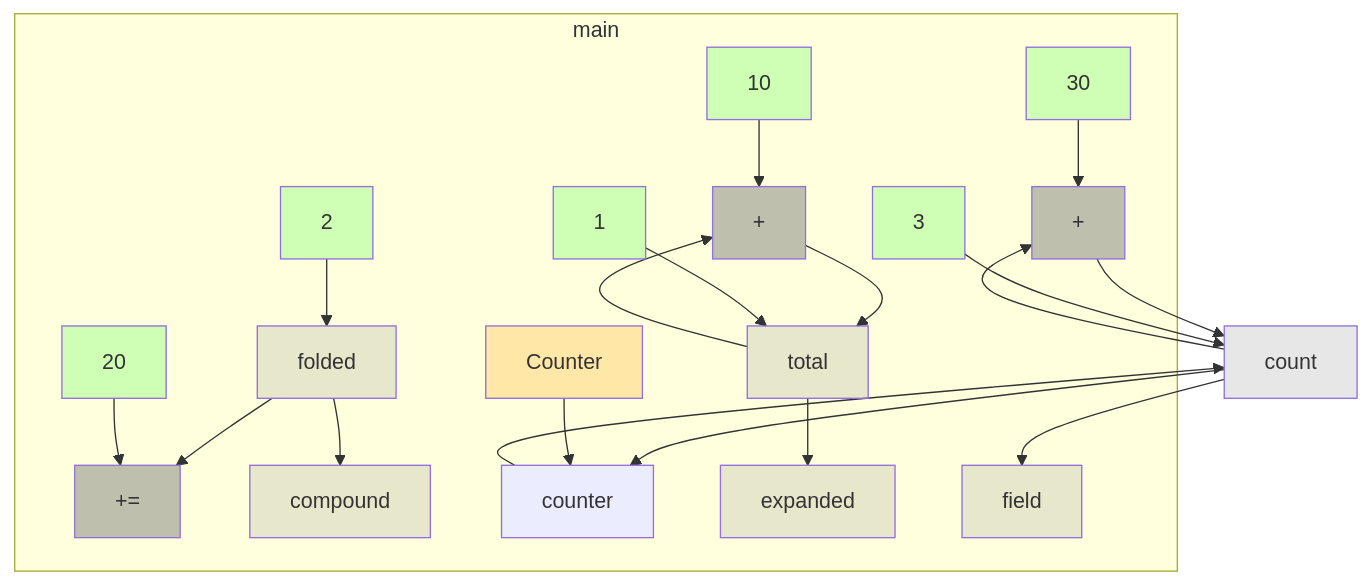
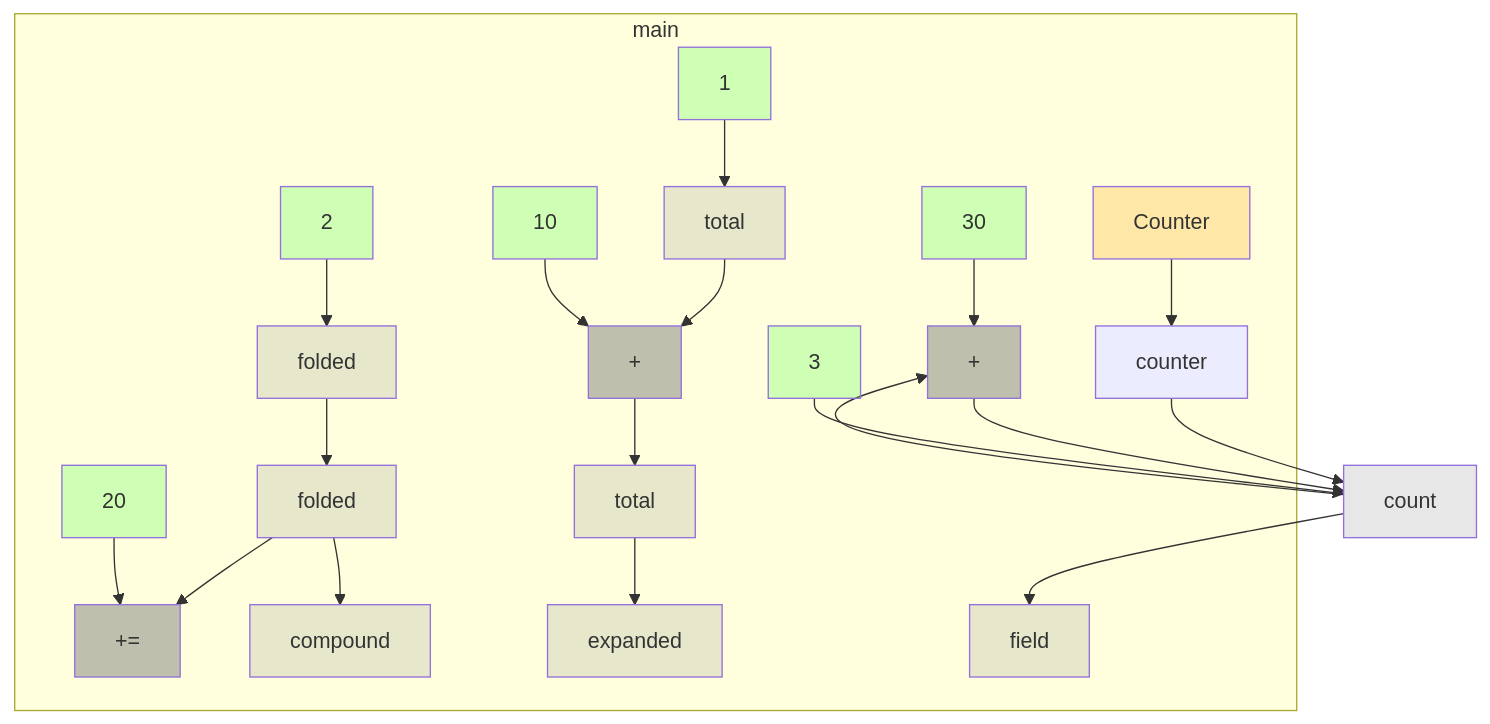
Before and after one commit to gstiebler/codeflow: the diagram in app/src/test/resources/selfAssignment/spike-truth.md, drawn with Mermaid. The commit also changed 46 other files, not shown here.

````diff
--- a/app/src/test/resources/selfAssignment/spike-truth.md
+++ b/app/src/test/resources/selfAssignment/spike-truth.md
@@ -3,46 +3,48 @@
 ```mermaid
 flowchart TD
   subgraph m0["main"]
     n0["+="]:::BIN_OP
     n1["+"]:::BIN_OP
     n2["+"]:::BIN_OP
     n3["Counter"]:::EXTERNAL
     n4["10"]:::LITERAL
     n5["1"]:::LITERAL
     n6["20"]:::LITERAL
     n7["2"]:::LITERAL
     n8["30"]:::LITERAL
     n9["3"]:::LITERAL
-    n10["compound"]:::VARIABLE
-    n11["counter"]:::OBJ_VARIABLE
+    n10["counter"]:::OBJ_VARIABLE
+    n11["compound"]:::VARIABLE
     n12["expanded"]:::VARIABLE
     n13["field"]:::VARIABLE
     n14["folded"]:::VARIABLE
-    n15["total"]:::VARIABLE
+    n15["folded"]:::VARIABLE
+    n16["total"]:::VARIABLE
+    n17["total"]:::VARIABLE
   end
-  n16["count"]:::VARIABLE
-  n1 --> n15
-  n11 --> n16
-  n14 --> n0
-  n14 --> n10
-  n15 --> n1
-  n15 --> n12
-  n16 --> n11
-  n16 --> n13
-  n16 --> n2
-  n2 --> n16
-  n3 --> n11
+  n18["count"]:::VARIABLE
+  n1 --> n17
+  n10 --> n18
+  n14 --> n15
+  n15 --> n0
+  n15 --> n11
+  n16 --> n1
+  n17 --> n12
+  n18 --> n13
+  n18 --> n2
+  n2 --> n18
+  n3 --> n10
   n4 --> n1
-  n5 --> n15
+  n5 --> n16
   n6 --> n0
   n7 --> n14
   n8 --> n2
-  n9 --> n16
+  n9 --> n18
   classDef LITERAL fill:#00FF0030
   classDef VARIABLE fill:#80808030
   classDef BIN_OP fill:#80808080
   classDef FUNC_PARAM fill:#8080FF30
   classDef RETURN fill:#FF808080
   classDef EXTERNAL fill:#FFA50040
   classDef UNMODELLED fill:#FF000030,stroke-dasharray: 4 2
 ```
````
